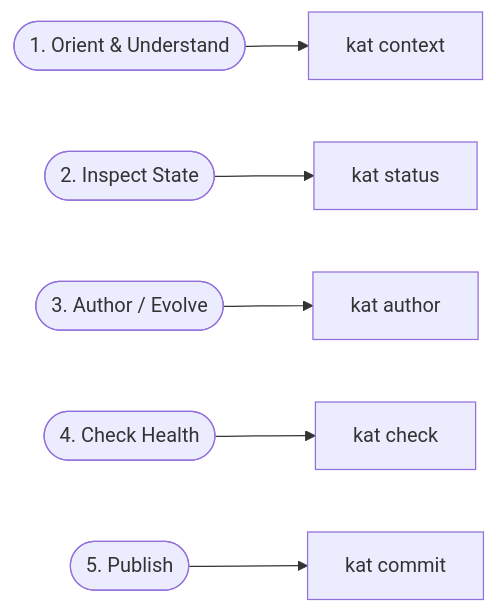
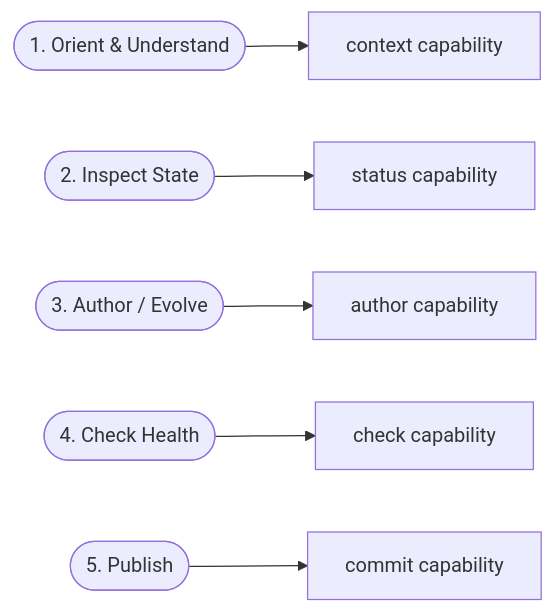
One commit to josucueva/kat changed the diagram in docs/implementation/v0.4/interaction-model.md. Above: the diagram before and after it, drawn with Mermaid. The commit also changed other lines of this file and 1 other file, not shown here.

Commit message:
docs(v0.4): update interaction-model corrections and add context-model specification

````diff
--- a/docs/implementation/v0.4/interaction-model.md
+++ b/docs/implementation/v0.4/interaction-model.md
@@ -145,8 +154,8 @@
 ```mermaid
 flowchart LR
-    Intention1([1. Orient & Understand]) --> ContextCmd[kat context]
-    Intention2([2. Inspect State]) --> StatusCmd[kat status]
-    Intention3([3. Author / Evolve]) --> AuthorCmd[kat author]
-    Intention4([4. Check Health]) --> CheckCmd[kat check]
-    Intention5([5. Publish]) --> CommitCmd[kat commit]
+    Intention1([1. Orient & Understand]) --> ContextCmd[context capability]
+    Intention2([2. Inspect State]) --> StatusCmd[status capability]
+    Intention3([3. Author / Evolve]) --> AuthorCmd[author capability]
+    Intention4([4. Check Health]) --> CheckCmd[check capability]
+    Intention5([5. Publish]) --> CommitCmd[commit capability]
 ```
````
